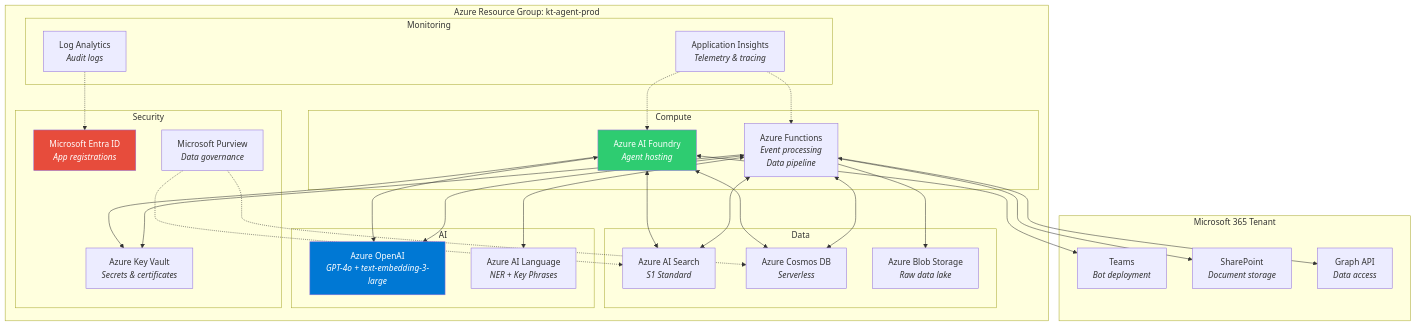
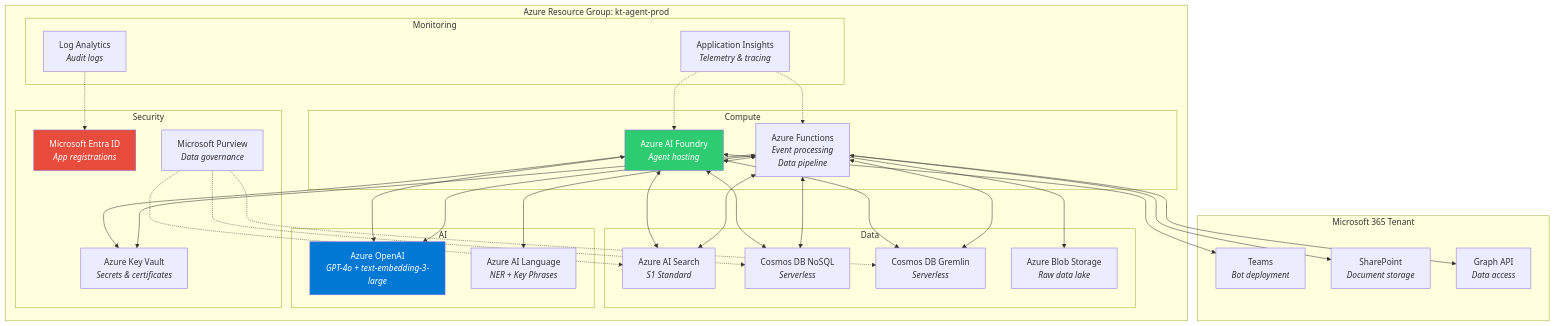
One commit to jnscnn/knowledge-transfer-agent changed the sixth of 7 diagrams in docs/architecture-overview.md. Above: the diagram before and after it, drawn with Mermaid. The commit also changed other lines of this file and 10 other files, not shown here.

First line of the commit message:
fix: resolve 10 feasibility issues identified in architecture review

````diff
--- a/docs/architecture-overview.md
+++ b/docs/architecture-overview.md
@@ -218,60 +218,64 @@
 ```mermaid
 graph TB
     subgraph "Azure Resource Group: kt-agent-prod"
         subgraph "Compute"
             FOUNDRY["Azure AI Foundry<br/><i>Agent hosting</i>"]
             FUNC["Azure Functions<br/><i>Event processing<br/>Data pipeline</i>"]
         end
 
         subgraph "Data"
             SEARCH["Azure AI Search<br/><i>S1 Standard</i>"]
-            COSMOS_D["Azure Cosmos DB<br/><i>Serverless</i>"]
+            COSMOS_NOSQL["Cosmos DB NoSQL<br/><i>Serverless</i>"]
+            COSMOS_GRAPH["Cosmos DB Gremlin<br/><i>Serverless</i>"]
             BLOB["Azure Blob Storage<br/><i>Raw data lake</i>"]
         end
 
         subgraph "AI"
             AOAI_D["Azure OpenAI<br/><i>GPT-4o + text-embedding-3-large</i>"]
             LANG_D["Azure AI Language<br/><i>NER + Key Phrases</i>"]
         end
 
         subgraph "Security"
             KV["Azure Key Vault<br/><i>Secrets & certificates</i>"]
             ENTRA_D["Microsoft Entra ID<br/><i>App registrations</i>"]
             PV["Microsoft Purview<br/><i>Data governance</i>"]
         end
 
         subgraph "Monitoring"
             AI_MON["Application Insights<br/><i>Telemetry & tracing</i>"]
             LOG["Log Analytics<br/><i>Audit logs</i>"]
         end
     end
 
     subgraph "Microsoft 365 Tenant"
         TEAMS_D["Teams<br/><i>Bot deployment</i>"]
         SP_D["SharePoint<br/><i>Document storage</i>"]
         GRAPH_D["Graph API<br/><i>Data access</i>"]
     end
 
     FOUNDRY <--> AOAI_D
     FOUNDRY <--> SEARCH
-    FOUNDRY <--> COSMOS_D
+    FOUNDRY <--> COSMOS_NOSQL
+    FOUNDRY <--> COSMOS_GRAPH
     FUNC <--> GRAPH_D
     FUNC <--> SEARCH
-    FUNC <--> COSMOS_D
+    FUNC <--> COSMOS_NOSQL
+    FUNC <--> COSMOS_GRAPH
     FUNC <--> AOAI_D
     FUNC <--> LANG_D
     FOUNDRY <--> TEAMS_D
     FUNC --> BLOB
     FUNC --> SP_D
     FOUNDRY --> KV
     FUNC --> KV
     AI_MON -.-> FOUNDRY
     AI_MON -.-> FUNC
     LOG -.-> ENTRA_D
     PV -.-> SEARCH
-    PV -.-> COSMOS_D
+    PV -.-> COSMOS_NOSQL
+    PV -.-> COSMOS_GRAPH
 
     style FOUNDRY fill:#2ECC71,color:#fff
     style AOAI_D fill:#0078D4,color:#fff
     style ENTRA_D fill:#E74C3C,color:#fff
 ```
````
